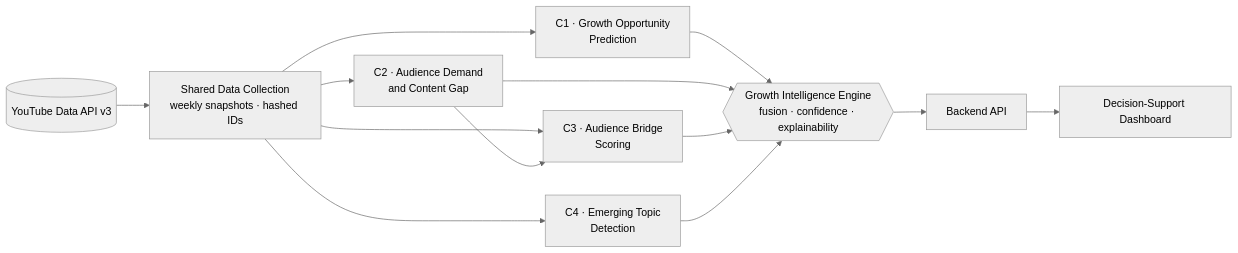
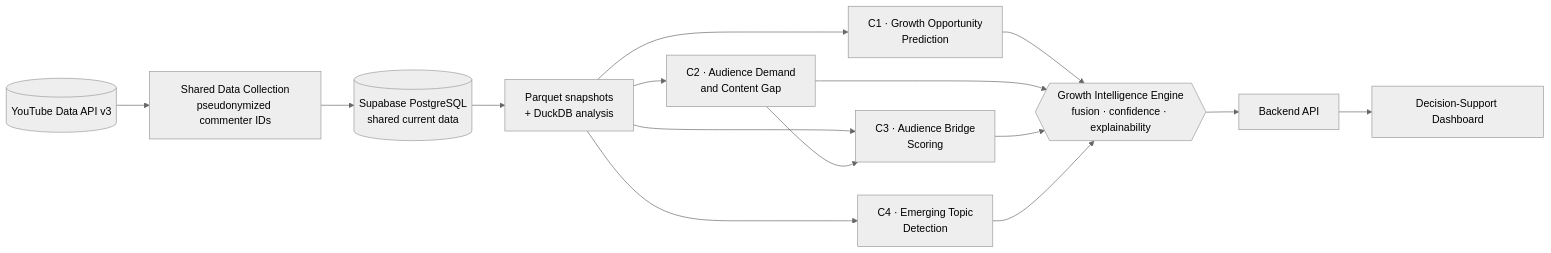
One commit to Kalharachamod/Framework-for-Underperforming-YouTube-Channels-in-a-Multi-Channel-Media-Organization---J26-DS-334 changed the diagram in README.md. Above: the diagram before and after it, drawn with Mermaid (neutral theme). The commit also changed other lines of this file and 14 other files, not shown here.

Commit message:
feat: add supabase shared research data layer

````diff
--- a/README.md
+++ b/README.md
@@ -73,12 +75,14 @@
 ```mermaid
 flowchart LR
-    A[(YouTube Data API v3)] --> B[Shared Data Collection<br/>weekly snapshots · hashed IDs]
-    B --> C1[C1 · Growth Opportunity<br/>Prediction]
-    B --> C2[C2 · Audience Demand<br/>and Content Gap]
-    B --> C3[C3 · Audience Bridge<br/>Scoring]
-    B --> C4[C4 · Emerging Topic<br/>Detection]
+    A[(YouTube Data API v3)] --> B[Shared Data Collection<br/>pseudonymized commenter IDs]
+    B --> SB[(Supabase PostgreSQL<br/>shared current data)]
+    SB --> P[Parquet snapshots<br/>+ DuckDB analysis]
+    P --> C1[C1 · Growth Opportunity<br/>Prediction]
+    P --> C2[C2 · Audience Demand<br/>and Content Gap]
+    P --> C3[C3 · Audience Bridge<br/>Scoring]
+    P --> C4[C4 · Emerging Topic<br/>Detection]
     C2 --> C3
     C1 & C2 & C3 & C4 --> E{{Growth Intelligence Engine<br/>fusion · confidence · explainability}}
     E --> API[Backend API]
     API --> D[Decision-Support Dashboard]
 ```
````
